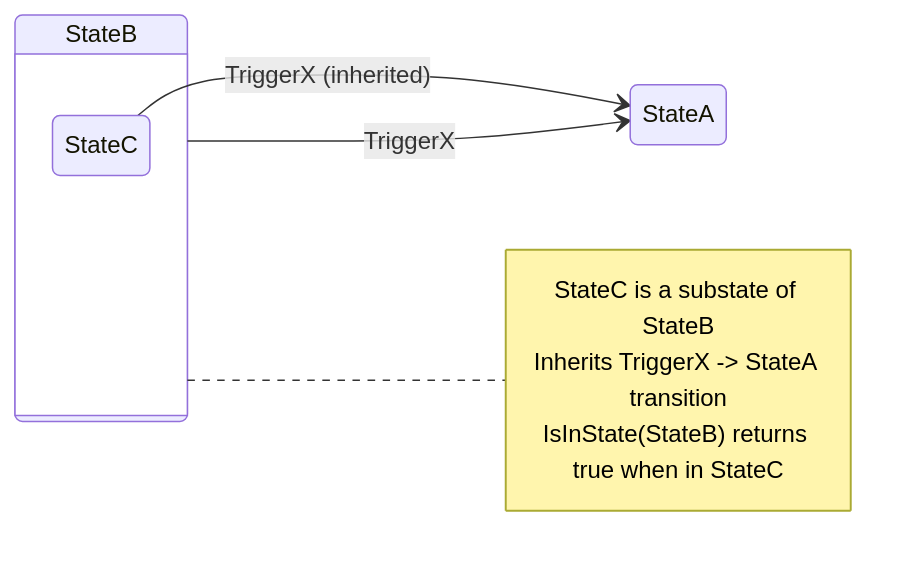
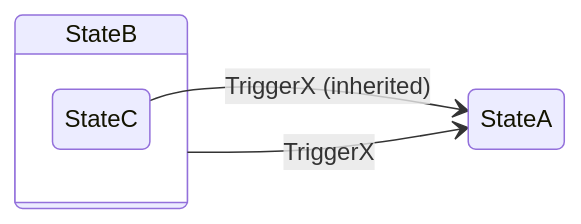
The eighth of 9 diagrams in README.md (atlekbai/stateless), drawn with Mermaid before and after one commit. The commit also changed other lines of this file, not shown here.

````diff
--- a/README.md
+++ b/README.md
@@ -313,17 +264,11 @@
 ```mermaid
 stateDiagram-v2
     direction LR
     StateA
     StateB --> StateA: TriggerX
     StateC --> StateA: TriggerX (inherited)
 
     state StateB {
         StateC
     }
-
-    note right of StateB
-        StateC is a substate of StateB
-        Inherits TriggerX -> StateA transition
-        IsInState(StateB) returns true when in StateC
-    end note
 ```
````
